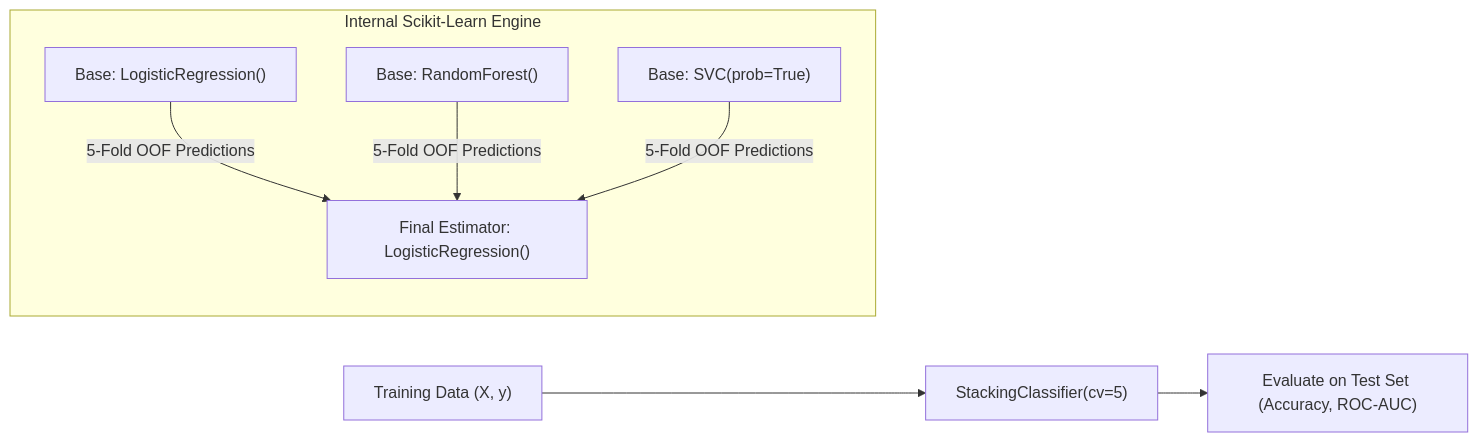
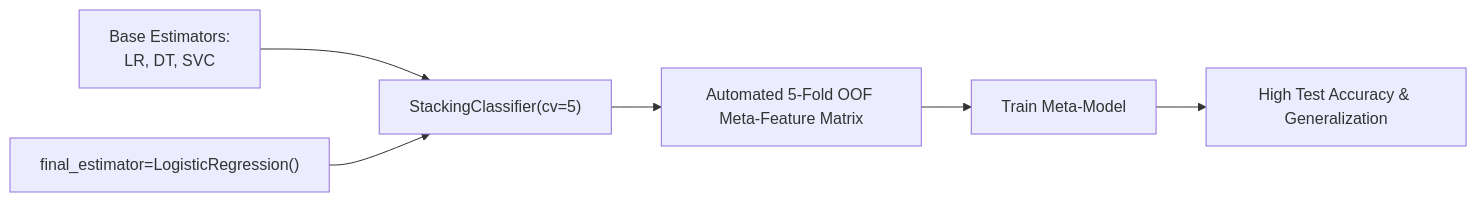
Before and after one commit to S1h2i3v4a/AI_ML: the diagram in lecture_30/Notes_30.14/README.md, drawn with Mermaid. The commit also changed other lines of this file and 57 other files, not shown here.

````diff
--- a/lecture_30/Notes_30.14/README.md
+++ b/lecture_30/Notes_30.14/README.md
@@ -18,12 +53,8 @@
 ```mermaid
 flowchart LR
-    A["Training Data (X, y)"] --> STACK["StackingClassifier(cv=5)"]
-    subgraph StackingEngine ["Internal Scikit-Learn Engine"]
-        M1["Base: LogisticRegression()"]
-        M2["Base: RandomForest()"]
-        M3["Base: SVC(prob=True)"]
-        META["Final Estimator: LogisticRegression()"]
-        M1 & M2 & M3 -->|"5-Fold OOF Predictions"| META
-    end
-    STACK --> OUT["Evaluate on Test Set (Accuracy, ROC-AUC)"]
+    A["Base Estimators:<br/>LR, DT, SVC"] --> B["StackingClassifier(cv=5)"]
+    C["final_estimator=LogisticRegression()"] --> B
+    B --> D["Automated 5-Fold OOF Meta-Feature Matrix"]
+    D --> E["Train Meta-Model"]
+    E --> F["High Test Accuracy & Generalization"]
 ```
````
